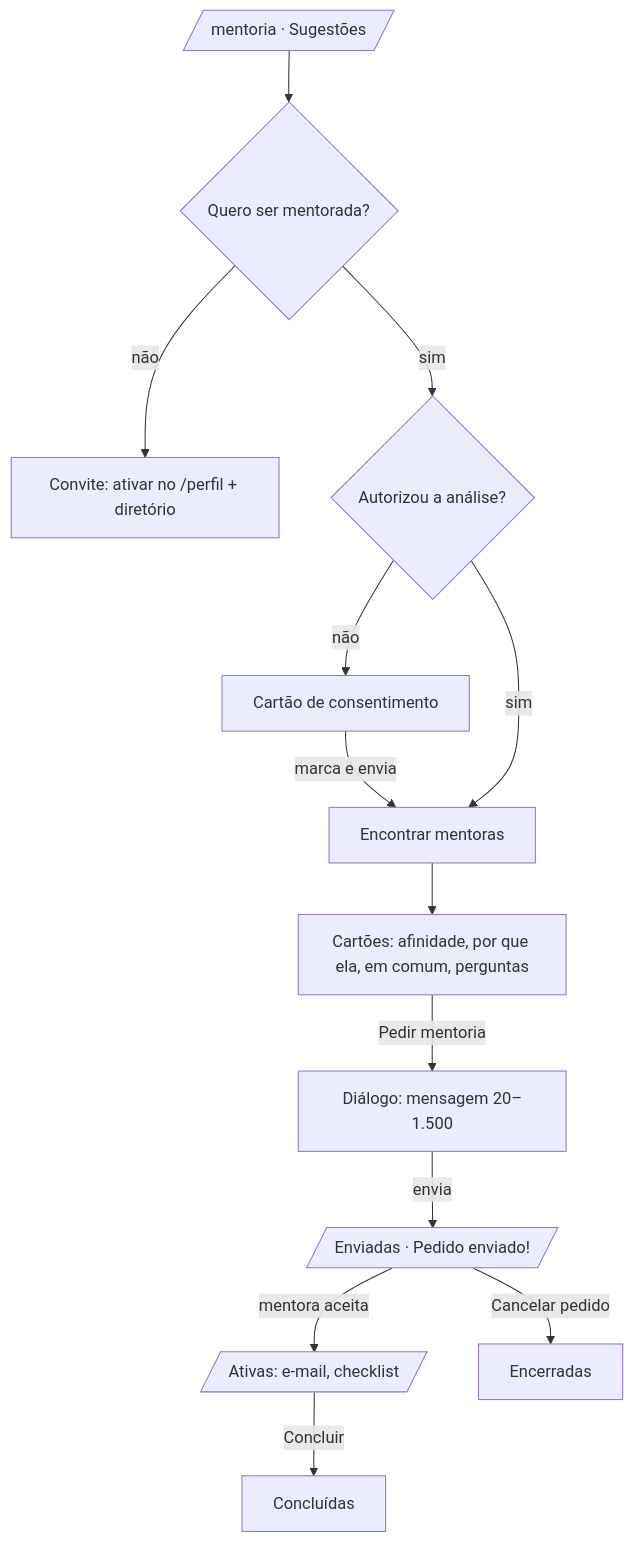
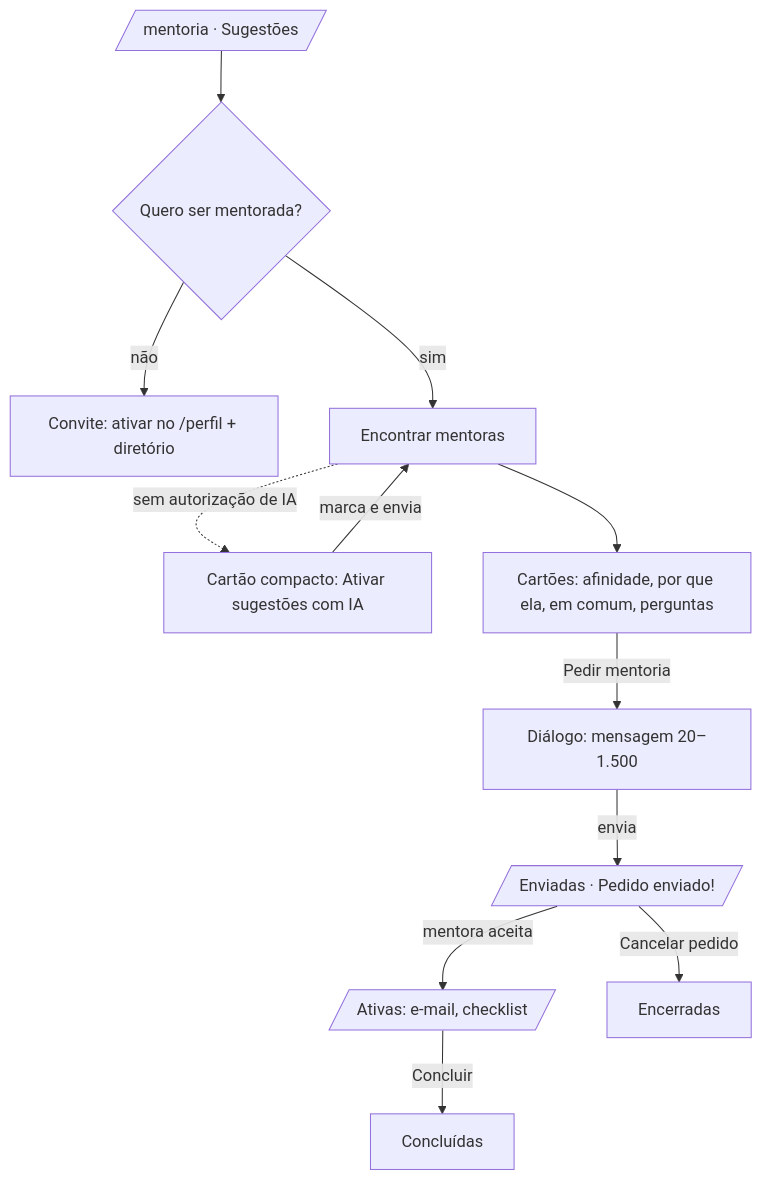
The diagram in docs/12-mentoria-fluxos.md (henriquecarvalhodeandrade/hackathon-ifsp-jcr-ciencia-delas-2026), drawn with Mermaid before and after one commit. The commit also changed other lines of this file and 62 other files, not shown here.

First line of the commit message:
wip(integração): sugestões por afinidade sem consentimento de IA, ajustes de ranking e fórum

````diff
--- a/docs/12-mentoria-fluxos.md
+++ b/docs/12-mentoria-fluxos.md
@@ -39,15 +40,14 @@
 ```mermaid
 flowchart TD
   A[/mentoria · Sugestões/] --> B{Quero ser mentorada?}
   B -- não --> C[Convite: ativar no /perfil + diretório]
-  B -- sim --> D{Autorizou a análise?}
-  D -- não --> E[Cartão de consentimento]
+  B -- sim --> F[Encontrar mentoras]
+  F -. sem autorização de IA .-> E[Cartão compacto: Ativar sugestões com IA]
   E -- marca e envia --> F
-  D -- sim --> F[Encontrar mentoras]
   F --> G[Cartões: afinidade, por que ela, em comum, perguntas]
   G -- Pedir mentoria --> H[Diálogo: mensagem 20–1.500]
   H -- envia --> I[/Enviadas · Pedido enviado!/]
   I -- mentora aceita --> J[/Ativas: e-mail, checklist/]
   J -- Concluir --> K[Concluídas]
   I -- Cancelar pedido --> L[Encerradas]
 ```
````
